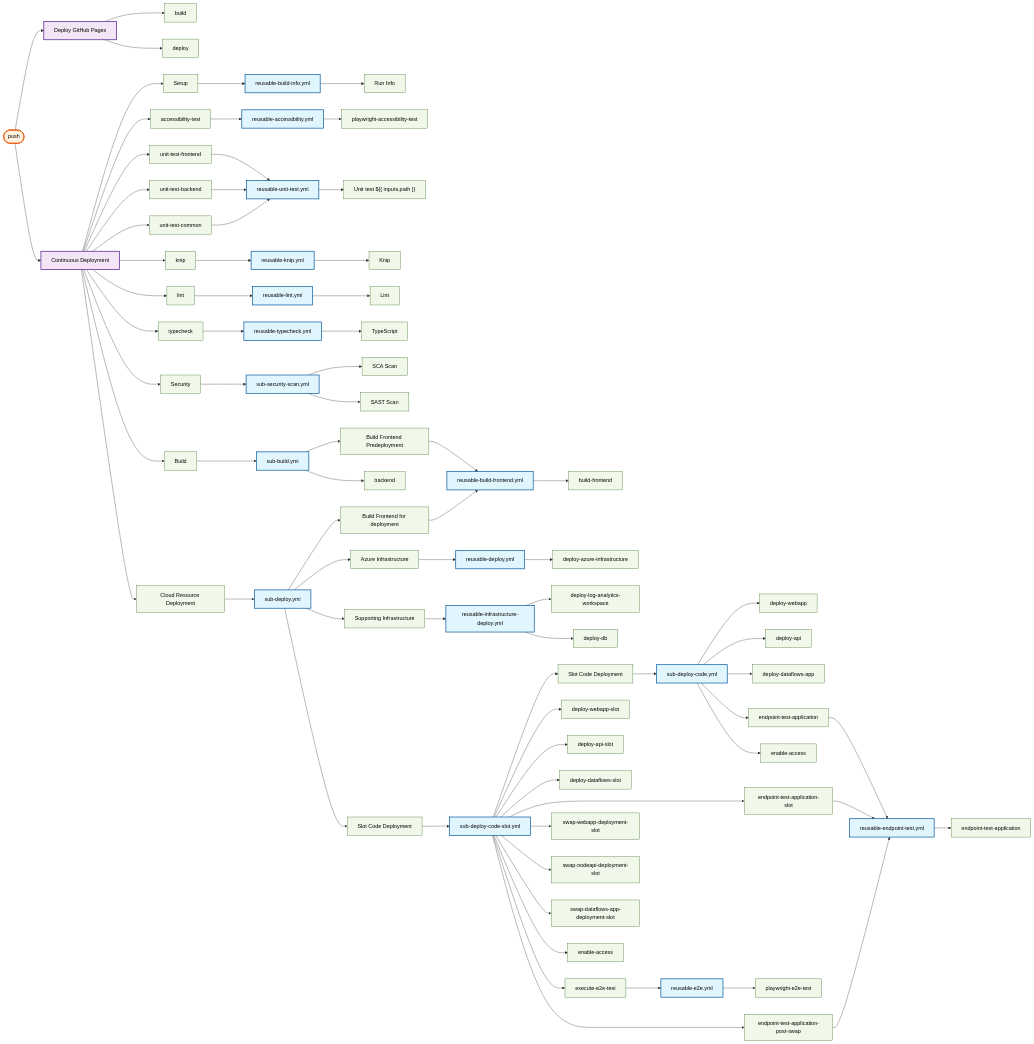
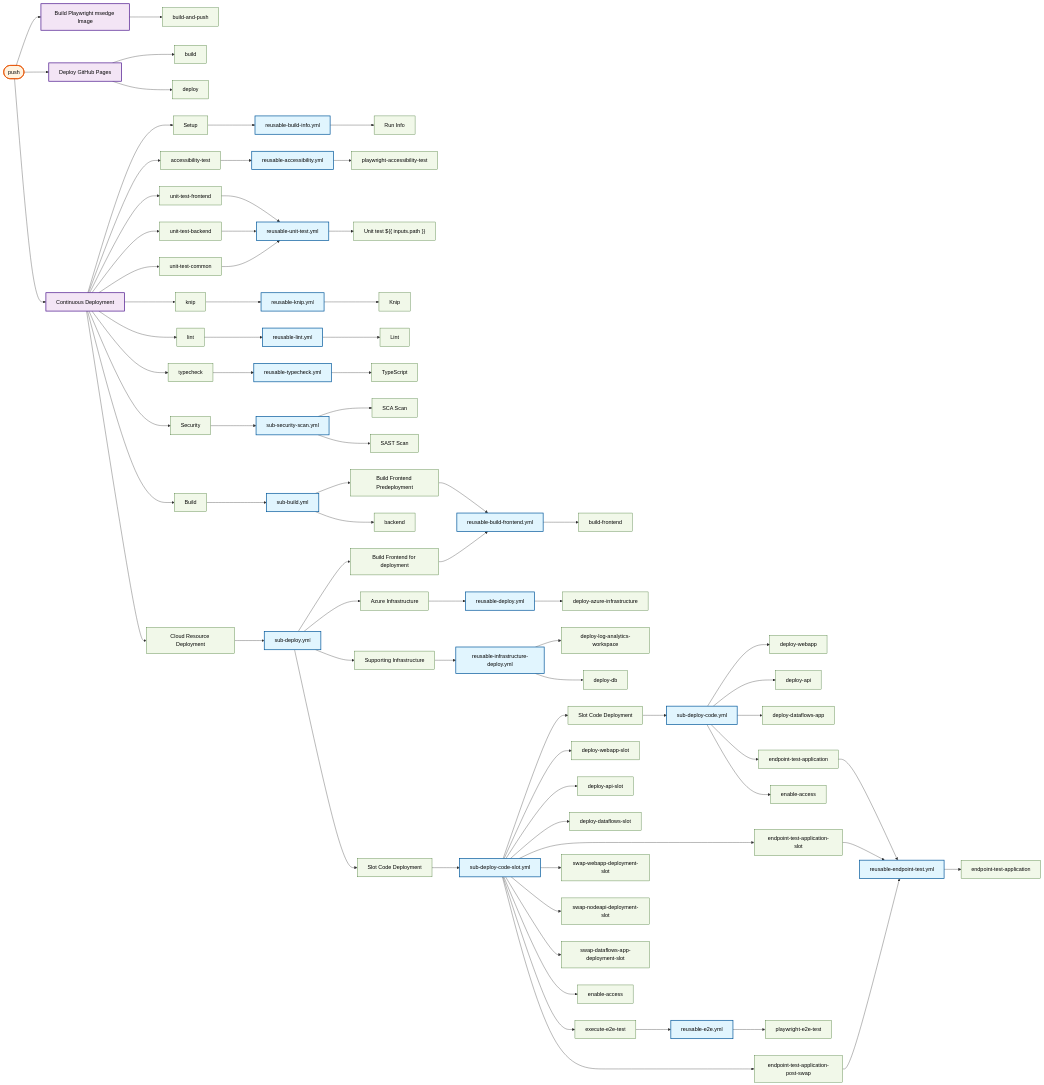
The seventh of 25 diagrams in docs/operations/workflow-diagram.md (US-Trustee-Program/Bankruptcy-Oversight-Support-Systems), drawn with Mermaid before and after one commit. The commit also changed other lines of this file and 2 other files, not shown here.

First line of the commit message:
Add build pipeline for Playwright msedge image

````diff
--- a/docs/operations/workflow-diagram.md
+++ b/docs/operations/workflow-diagram.md
@@ -107,6 +108,8 @@
 ```mermaid
 flowchart LR
     trigger_push(["push"])
+    build_playwright_msedge_image_yml["Build Playwright msedge Image"]
+    build_playwright_msedge_image_yml_build_and_push["build-and-push"]
     deploy_pages_yml["Deploy GitHub Pages"]
     deploy_pages_yml_build["build"]
     deploy_pages_yml_deploy["deploy"]
@@ -175,6 +178,8 @@
     sub_deploy_code_slot_yml_endpoint_test_application_post_swap["endpoint-test-application-post-swap"]
     sub_deploy_code_slot_yml_enable_access["enable-access"]
 
+    trigger_push --> build_playwright_msedge_image_yml
+    build_playwright_msedge_image_yml --> build_playwright_msedge_image_yml_build_and_push
     trigger_push --> deploy_pages_yml
     deploy_pages_yml --> deploy_pages_yml_build
     deploy_pages_yml --> deploy_pages_yml_deploy
@@ -254,6 +259,8 @@
     classDef job fill:#f1f8e9,stroke:#33691e,stroke-width:1px,color:#000000
 
     class trigger_push trigger
+    class build_playwright_msedge_image_yml mainWorkflow
+    class build_playwright_msedge_image_yml_build_and_push job
     class deploy_pages_yml mainWorkflow
     class deploy_pages_yml_build job
     class deploy_pages_yml_deploy job
````
